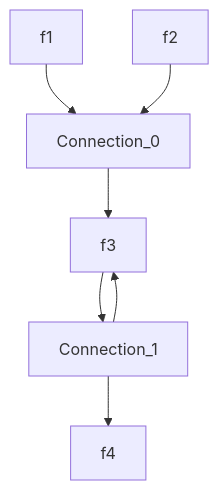
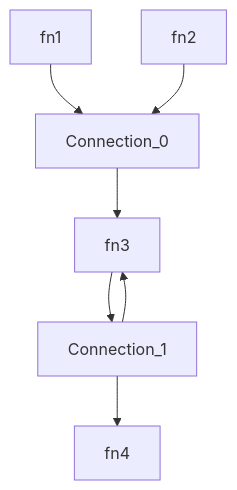
The second of 2 diagrams in README.md (damianofalcioni/js-functions-orchestrator), drawn with Mermaid before and after one commit. The commit also changed other lines of this file, not shown here.

````diff
--- a/README.md
+++ b/README.md
@@ -61,9 +61,9 @@
 ```mermaid
 graph TD;
-    f1-->Connection_0;
-    f2-->Connection_0;
-    Connection_0-->f3;
-    f3-->Connection_1;
-    Connection_1-->f3;
-    Connection_1-->f4;
+    fn1-->Connection_0;
+    fn2-->Connection_0;
+    Connection_0-->fn3;
+    fn3-->Connection_1;
+    Connection_1-->fn3;
+    Connection_1-->fn4;
 ```
````
